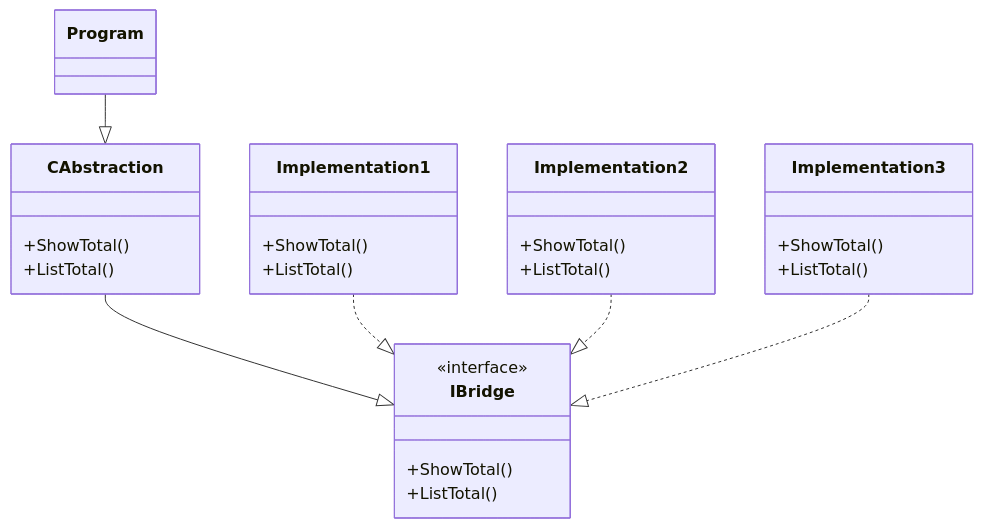
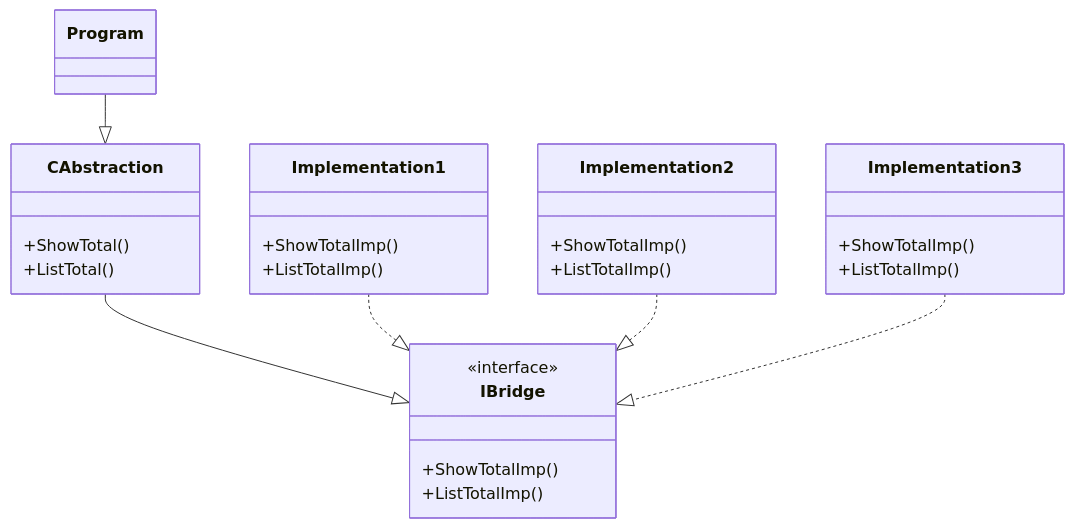
Before and after one commit to maherme/design_patterns: the second of 2 diagrams in 04_bridge/README.md, drawn with Mermaid.

````diff
--- a/04_bridge/README.md
+++ b/04_bridge/README.md
@@ -30,30 +30,30 @@
 ```mermaid
   classDiagram
     class Program
     class CAbstraction{
       +ShowTotal()
       +ListTotal()
     }
     class IBridge{
       <<interface>>
-      +ShowTotal()
-      +ListTotal()
+      +ShowTotalImp()
+      +ListTotalImp()
     }
     class Implementation1{
-      +ShowTotal()
-      +ListTotal()
+      +ShowTotalImp()
+      +ListTotalImp()
     }
     class Implementation2{
-      +ShowTotal()
-      +ListTotal()
+      +ShowTotalImp()
+      +ListTotalImp()
     }
     class Implementation3{
-      +ShowTotal()
-      +ListTotal()
+      +ShowTotalImp()
+      +ListTotalImp()
     }
     Program --|> CAbstraction
     CAbstraction --|> IBridge
     Implementation1 ..|> IBridge
     Implementation2 ..|> IBridge
     Implementation3 ..|> IBridge
 ```
````
